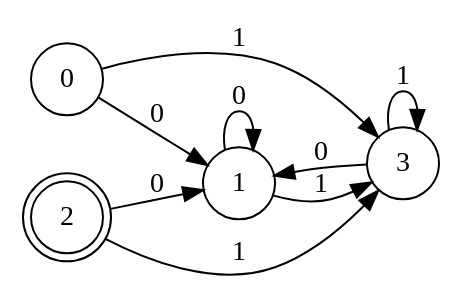
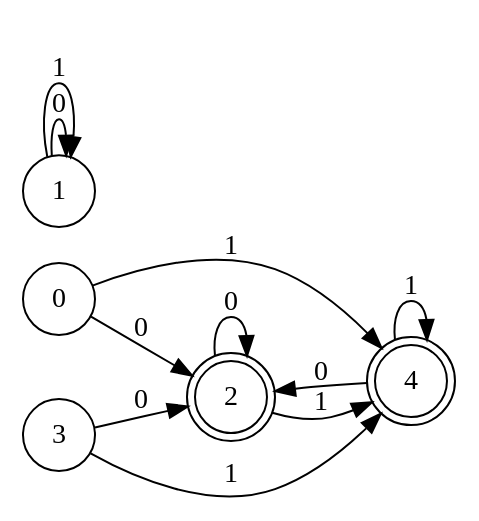
One commit to desmetr/SchemeInterpreter changed the diagram in Scheme_Interpreter/src/convertENFAtoDFA.dot. Above: the diagram before and after it, drawn with Graphviz. The commit also changed 10 other files, not shown here.

```diff
--- a/Scheme_Interpreter/src/convertENFAtoDFA.dot
+++ b/Scheme_Interpreter/src/convertENFAtoDFA.dot
@@ -1,14 +1,17 @@
 digraph DFA {
 	rankdir=LR;	0 [shape=circle];
-	0 -> 1 [label="0"];
-	0 -> 3 [label="1"];
+	0 -> 2 [label="0"];
+	0 -> 4 [label="1"];
 	1 [shape=circle];
 	1 -> 1 [label="0"];
-	1 -> 3 [label="1"];
+	1 -> 1 [label="1"];
 	2 [shape=doublecircle];
-	2 -> 1 [label="0"];
-	2 -> 3 [label="1"];
+	2 -> 2 [label="0"];
+	2 -> 4 [label="1"];
 	3 [shape=circle];
-	3 -> 1 [label="0"];
-	3 -> 3 [label="1"];
+	3 -> 2 [label="0"];
+	3 -> 4 [label="1"];
+	4 [shape=doublecircle];
+	4 -> 2 [label="0"];
+	4 -> 4 [label="1"];
 }
```
